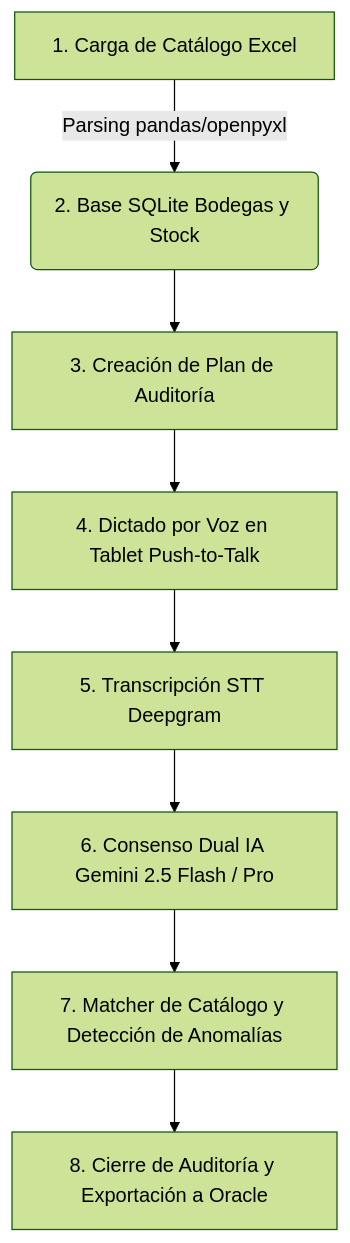
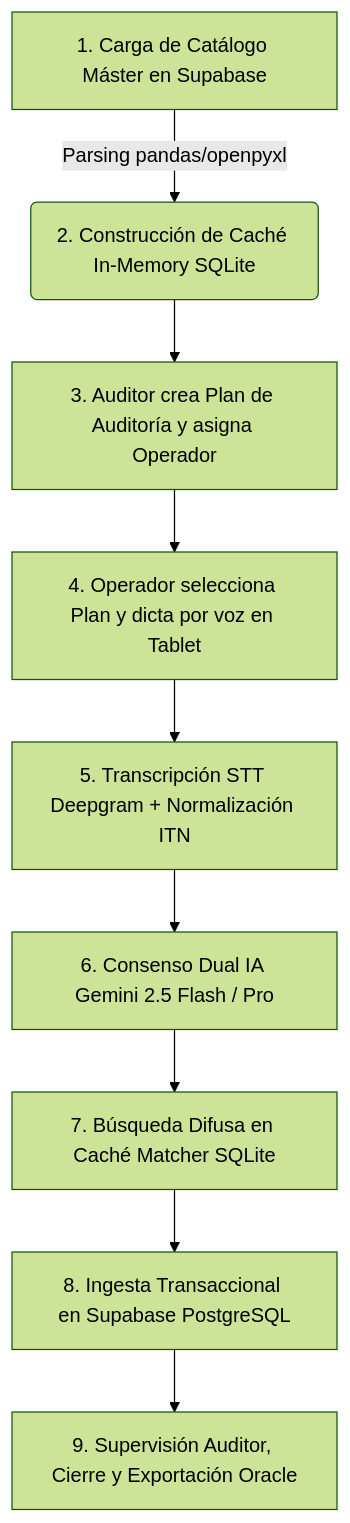
The second of 2 diagrams in README.md (witsaba/colsubsidio30x-minka), drawn with Mermaid (forest theme) before and after one commit. The commit also changed other lines of this file, not shown here.

Commit message:
docs: clarificar arquitectura hibrida Supabase+SQLite y flujo de roles Auditor/Operador

````diff
--- a/README.md
+++ b/README.md
@@ -72,10 +110,11 @@
 ```mermaid
 flowchart TD
-    A[1. Carga de Catálogo Excel] -->|Parsing pandas/openpyxl| B(2. Base SQLite Bodegas y Stock)
-    B --> C[3. Creación de Plan de Auditoría]
-    C --> D[4. Dictado por Voz en Tablet Push-to-Talk]
-    D --> E[5. Transcripción STT Deepgram]
+    A[1. Carga de Catálogo Máster en Supabase] -->|Parsing pandas/openpyxl| B(2. Construcción de Caché In-Memory SQLite)
+    B --> C[3. Auditor crea Plan de Auditoría y asigna Operador]
+    C --> D[4. Operador selecciona Plan y dicta por voz en Tablet]
+    D --> E[5. Transcripción STT Deepgram + Normalización ITN]
     E --> F[6. Consenso Dual IA Gemini 2.5 Flash / Pro]
-    F --> G[7. Matcher de Catálogo y Detección de Anomalías]
-    G --> H[8. Cierre de Auditoría y Exportación a Oracle]
+    F --> G[7. Búsqueda Difusa en Caché Matcher SQLite]
+    G --> H[8. Ingesta Transaccional en Supabase PostgreSQL]
+    H --> I[9. Supervisión Auditor, Cierre y Exportación Oracle]
 ```
````
